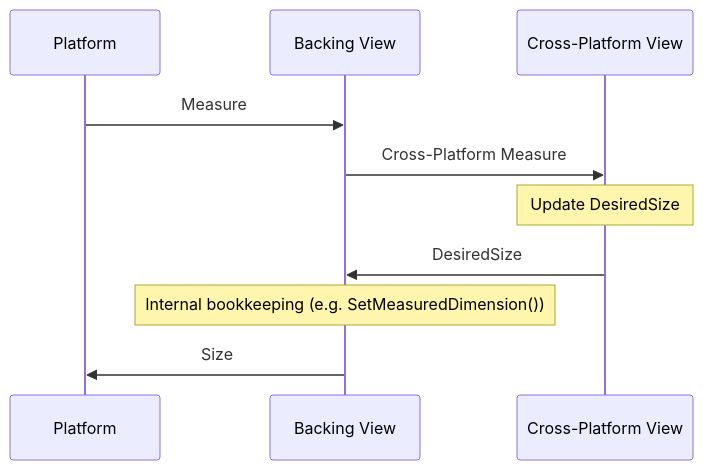
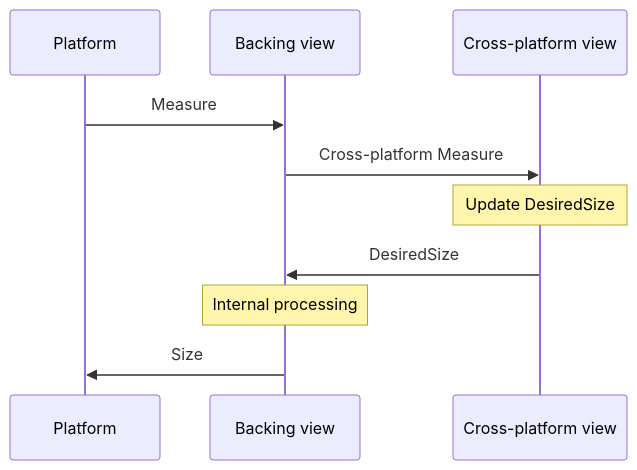
One commit to dotnet/docs-maui changed the diagram in docs/user-interface/layouts/custom-layout.md. Above: the diagram before and after it, drawn with Mermaid. The commit also changed other lines of this file and 2 other files, not shown here.

````diff
--- a/docs/user-interface/layouts/custom-layout.md
+++ b/docs/user-interface/layouts/custom-layout.md
@@ -22,12 +22,12 @@
 ```mermaid
 sequenceDiagram
     participant P as Platform
-    participant BV as Backing View
-    participant XV as Cross-Platform View
+    participant BV as Backing view
+    participant XV as Cross-platform view
     P->>BV: Measure
-    BV->>XV: Cross-Platform Measure
+    BV->>XV: Cross-platform Measure
     Note over XV: Update DesiredSize
     XV->>BV: DesiredSize
-    Note over BV: Internal bookkeeping (e.g. SetMeasuredDimension())
+    Note over BV: Internal processing
     BV->>P: Size
 ```
````
